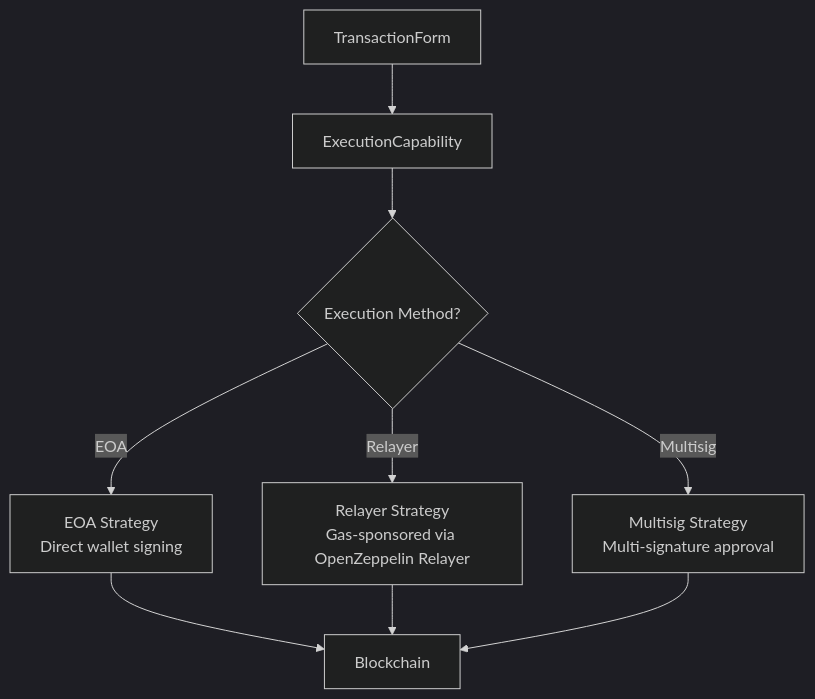
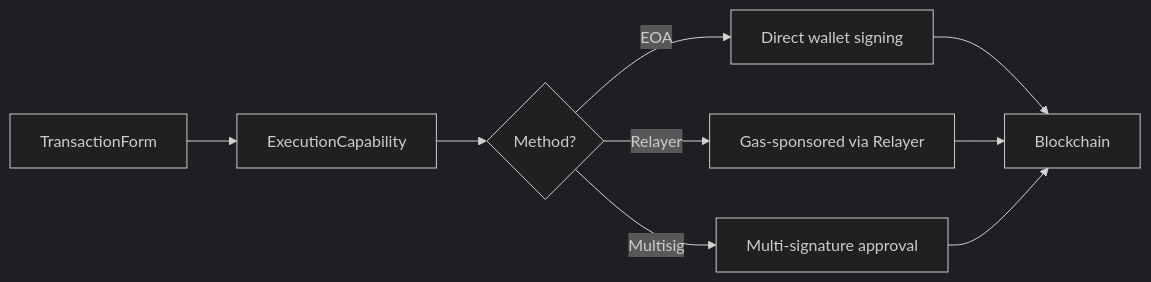
One commit to OpenZeppelin/docs changed the fourth of 5 diagrams in content/tools/uikit/architecture.mdx. Above: the diagram before and after it, drawn with Mermaid (dark theme). The commit also changed other lines of this file and 1 other file, not shown here.

First line of the commit message:
docs(uikit): rewrite Mermaid diagrams for clean layout

````diff
--- a/content/tools/uikit/architecture.mdx
+++ b/content/tools/uikit/architecture.mdx
@@ -219,12 +204,11 @@
 ```mermaid
-graph TD
+flowchart LR
   Form["TransactionForm"] --> Exec["ExecutionCapability"]
-  Exec --> Strategy{"Execution Method?"}
-  Strategy -->|EOA| EOA["EOA Strategy<br/>Direct wallet signing"]
-  Strategy -->|Relayer| Relay["Relayer Strategy<br/>Gas-sponsored via OpenZeppelin Relayer"]
-  Strategy -->|Multisig| Multi["Multisig Strategy<br/>Multi-signature approval"]
-
+  Exec --> Strategy{"Method?"}
+  Strategy -->|EOA| EOA["Direct wallet signing"]
+  Strategy -->|Relayer| Relay["Gas-sponsored via Relayer"]
+  Strategy -->|Multisig| Multi["Multi-signature approval"]
   EOA --> Chain["Blockchain"]
   Relay --> Chain
   Multi --> Chain
 ```
````
